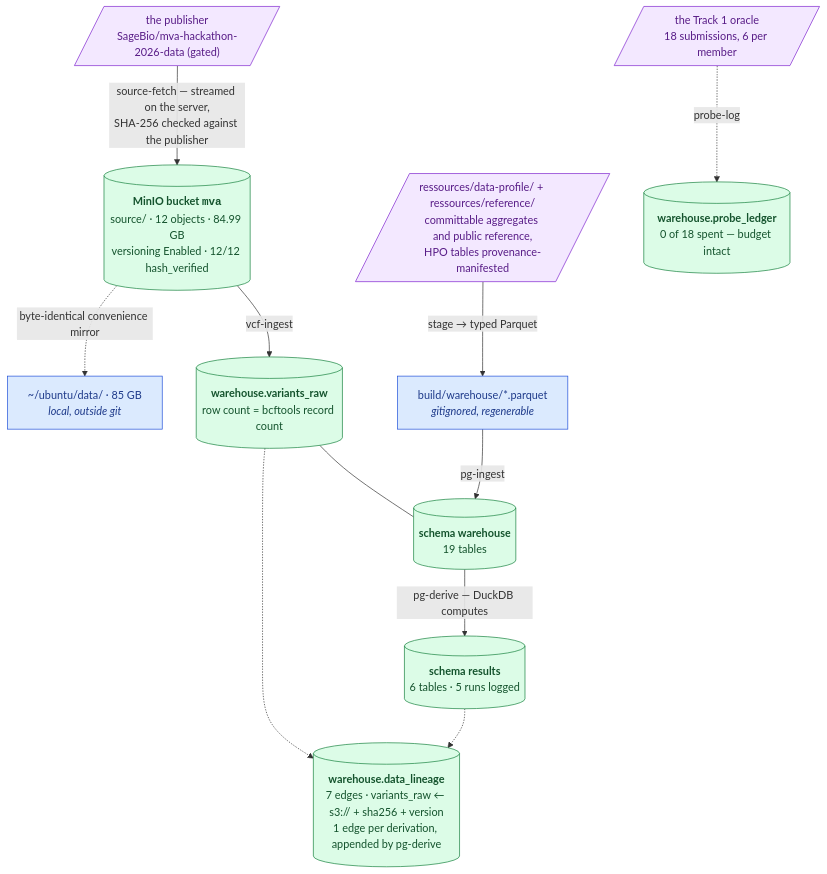
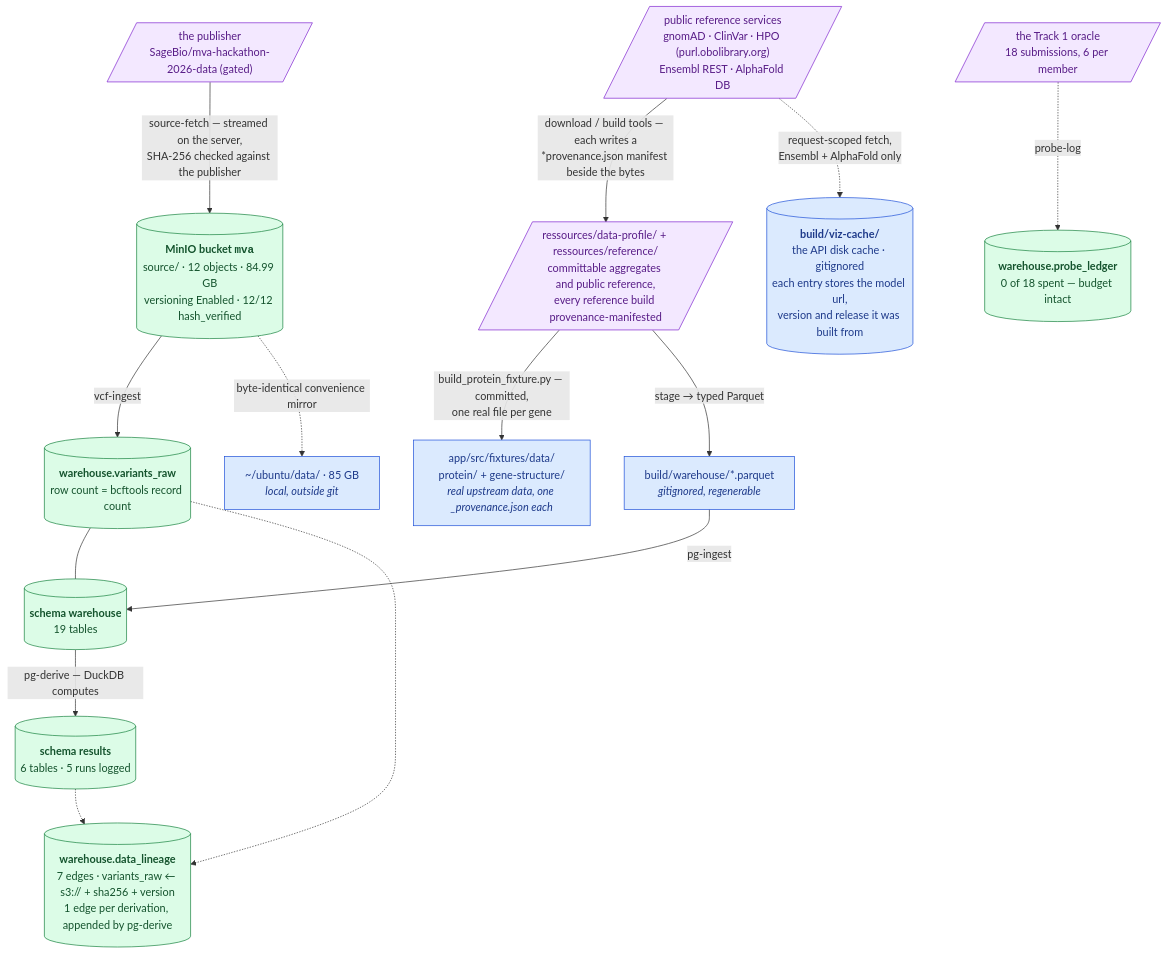
Before and after one commit to agharsallah/mva-hackathon: the diagram in docs/current-state.md, drawn with Mermaid. The commit also changed other lines of this file and 25 other files, not shown here.

First line of the commit message:
feat(provenance): manifest every public input and show it in the app

````diff
--- a/docs/current-state.md
+++ b/docs/current-state.md
@@ -17,19 +37,23 @@
 ```mermaid
 flowchart TB
   PUB[/"the publisher<br/>SageBio/mva-hackathon-2026-data (gated)"/]:::raw
   PUB -->|"source-fetch — streamed on the server,<br/>SHA-256 checked against the publisher"| S3[("<b>MinIO bucket <code>mva</code></b><br/>source/ · 12 objects · 84.99 GB<br/>versioning Enabled · 12/12 hash_verified")]:::good
   S3 -->|"vcf-ingest"| RAW[("<b>warehouse.variants_raw</b><br/>row count = bcftools record count")]:::good
-  PROF[/"ressources/data-profile/ + ressources/reference/<br/>committable aggregates and public reference,<br/>HPO tables provenance-manifested"/]:::raw
+  PROF[/"ressources/data-profile/ + ressources/reference/<br/>committable aggregates and public reference,<br/>every reference build provenance-manifested"/]:::raw
+  REF[/"public reference services<br/>gnomAD · ClinVar · HPO (purl.obolibrary.org)<br/>Ensembl REST · AlphaFold DB"/]:::raw
+  REF -->|"download / build tools — each writes a<br/>*provenance.json manifest beside the bytes"| PROF
+  REF -.->|"request-scoped fetch,<br/>Ensembl + AlphaFold only"| VCACHE[("<b>build/viz-cache/</b><br/>the API disk cache · gitignored<br/>each entry stores the model url,<br/>version and release it was built from")]:::neutral
+  PROF -->|"build_protein_fixture.py — committed,<br/>one real file per gene"| FIX["app/src/fixtures/data/<br/>protein/ + gene-structure/<br/><i>real upstream data, one _provenance.json each</i>"]:::neutral
   PROF -->|"stage → typed Parquet"| BUILD["build/warehouse/*.parquet<br/><i>gitignored, regenerable</i>"]:::neutral
   BUILD -->|"pg-ingest"| WH[("<b>schema warehouse</b><br/>19 tables")]:::good
   RAW --- WH
   WH -->|"pg-derive — DuckDB computes"| RES[("<b>schema results</b><br/>6 tables · 5 runs logged")]:::good
   S3 -.->|"byte-identical convenience mirror"| MIR["~/ubuntu/data/ · 85 GB<br/><i>local, outside git</i>"]:::neutral
   RAW -.-> LIN[("<b>warehouse.data_lineage</b><br/>7 edges · variants_raw ← s3:// + sha256 + version<br/>1 edge per derivation, appended by pg-derive")]:::good
   RES -.-> LIN
   ORACLE[/"the Track 1 oracle<br/>18 submissions, 6 per member"/]:::raw
   ORACLE -.->|"probe-log"| PROBE[("<b>warehouse.probe_ledger</b><br/>0 of 18 spent — budget intact")]:::good
   classDef raw fill:#f3e8ff,stroke:#7e22ce,color:#581c87
   classDef good fill:#dcfce7,stroke:#15803d,color:#14532d
   classDef neutral fill:#dbeafe,stroke:#1d4ed8,color:#1e3a8a
 ```
````
